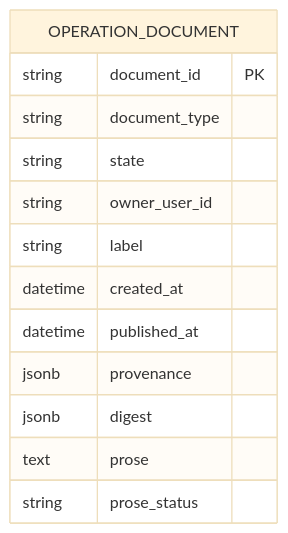
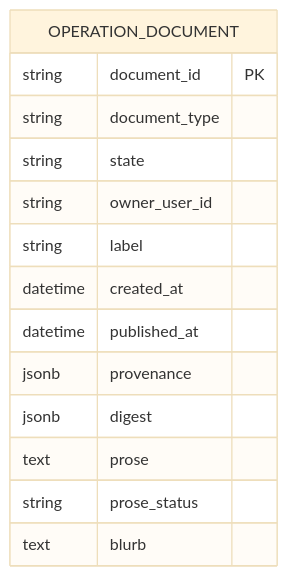
Before and after one commit to metasync/luban-aiops: the seventh of 8 diagrams in .qoder/repowiki/en/content/Architecture Documentation/SPEC-039_ Operations Document Repository Specification.md, drawn with Mermaid (base theme). The commit also changed other lines of this file and 22 other files, not shown here.

````diff
--- a/.qoder/repowiki/en/content/Architecture Documentation/SPEC-039_ Operations Document Repository Specification.md
+++ b/.qoder/repowiki/en/content/Architecture Documentation/SPEC-039_ Operations Document Repository Specification.md
@@ -301,16 +306,17 @@
 ```mermaid
 erDiagram
 OPERATION_DOCUMENT {
 string document_id PK
 string document_type
 string state
 string owner_user_id
 string label
 datetime created_at
 datetime published_at
 jsonb provenance
 jsonb digest
 text prose
 string prose_status
+text blurb
 }
 ```
````
